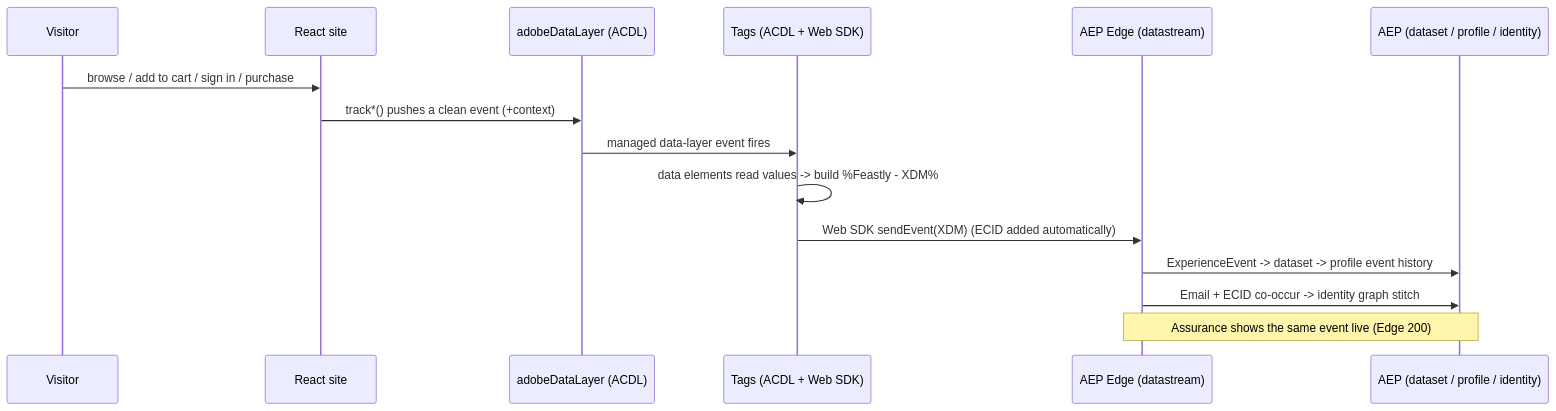
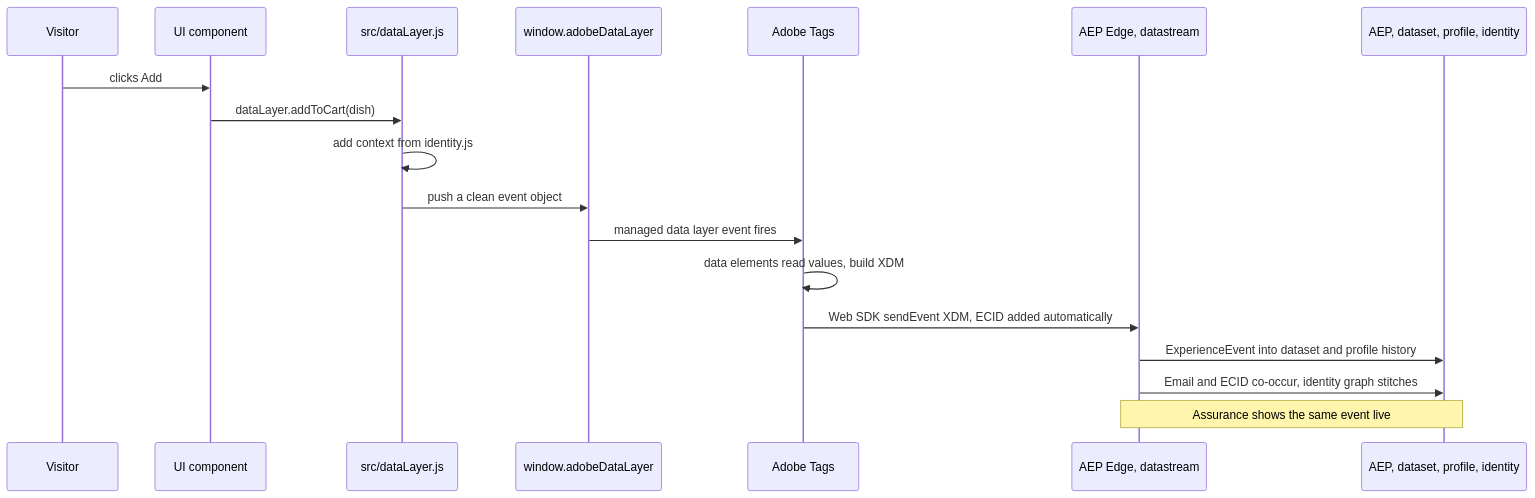
Before and after one commit to princeparvat80/aep-data-collection-food-demo: the third of 4 diagrams in FEASTLY_ARCHITECTURE.md, drawn with Mermaid. The commit also changed other lines of this file and 1 other file, not shown here.

First line of the commit message:
Consolidate architecture into a single implementation guide

````diff
--- a/FEASTLY_ARCHITECTURE.md
+++ b/FEASTLY_ARCHITECTURE.md
@@ -211,17 +532,20 @@
 ```mermaid
 sequenceDiagram
     participant U as Visitor
-    participant Site as React site
-    participant DL as adobeDataLayer (ACDL)
-    participant Tags as Tags (ACDL + Web SDK)
-    participant Edge as AEP Edge (datastream)
-    participant AEP as AEP (dataset / profile / identity)
-    U->>Site: browse / add to cart / sign in / purchase
-    Site->>DL: track*() pushes a clean event (+context)
-    DL->>Tags: managed data-layer event fires
-    Tags->>Tags: data elements read values -> build %Feastly - XDM%
-    Tags->>Edge: Web SDK sendEvent(XDM)  (ECID added automatically)
-    Edge->>AEP: ExperienceEvent -> dataset -> profile event history
-    Edge->>AEP: Email + ECID co-occur -> identity graph stitch
-    Note over Edge,AEP: Assurance shows the same event live (Edge 200)
+    participant UI as UI component
+    participant DL as src/dataLayer.js
+    participant ARR as window.adobeDataLayer
+    participant Tags as Adobe Tags
+    participant Edge as AEP Edge, datastream
+    participant AEP as AEP, dataset, profile, identity
+    U->>UI: clicks Add
+    UI->>DL: dataLayer.addToCart(dish)
+    DL->>DL: add context from identity.js
+    DL->>ARR: push a clean event object
+    ARR->>Tags: managed data layer event fires
+    Tags->>Tags: data elements read values, build XDM
+    Tags->>Edge: Web SDK sendEvent XDM, ECID added automatically
+    Edge->>AEP: ExperienceEvent into dataset and profile history
+    Edge->>AEP: Email and ECID co-occur, identity graph stitches
+    Note over Edge,AEP: Assurance shows the same event live
 ```
````
